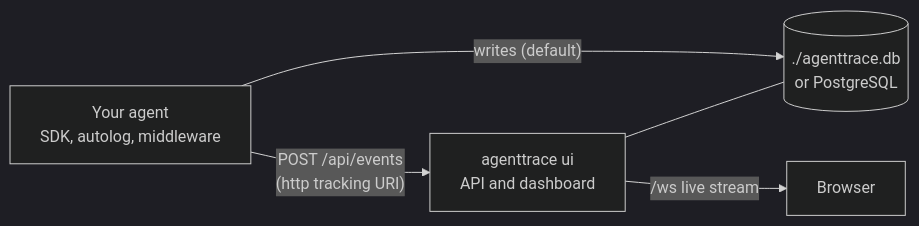
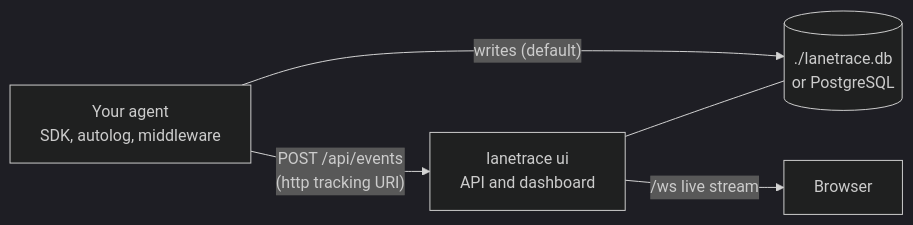
Before and after one commit to CouLiBaLy-B/agenttrace: the diagram in docs/index.md, drawn with Mermaid (dark theme). The commit also changed other lines of this file and 23 other files, not shown here.

````diff
--- a/docs/index.md
+++ b/docs/index.md
@@ -25,7 +25,7 @@
 ```mermaid
 flowchart LR
-    agent["Your agent<br/>SDK, autolog, middleware"] -- "writes (default)" --> db[("./agenttrace.db<br/>or PostgreSQL")]
-    agent -- "POST /api/events<br/>(http tracking URI)" --> ui["agenttrace ui<br/>API and dashboard"]
+    agent["Your agent<br/>SDK, autolog, middleware"] -- "writes (default)" --> db[("./lanetrace.db<br/>or PostgreSQL")]
+    agent -- "POST /api/events<br/>(http tracking URI)" --> ui["lanetrace ui<br/>API and dashboard"]
     ui --- db
     ui -- "/ws live stream" --> browser["Browser"]
 ```
````
